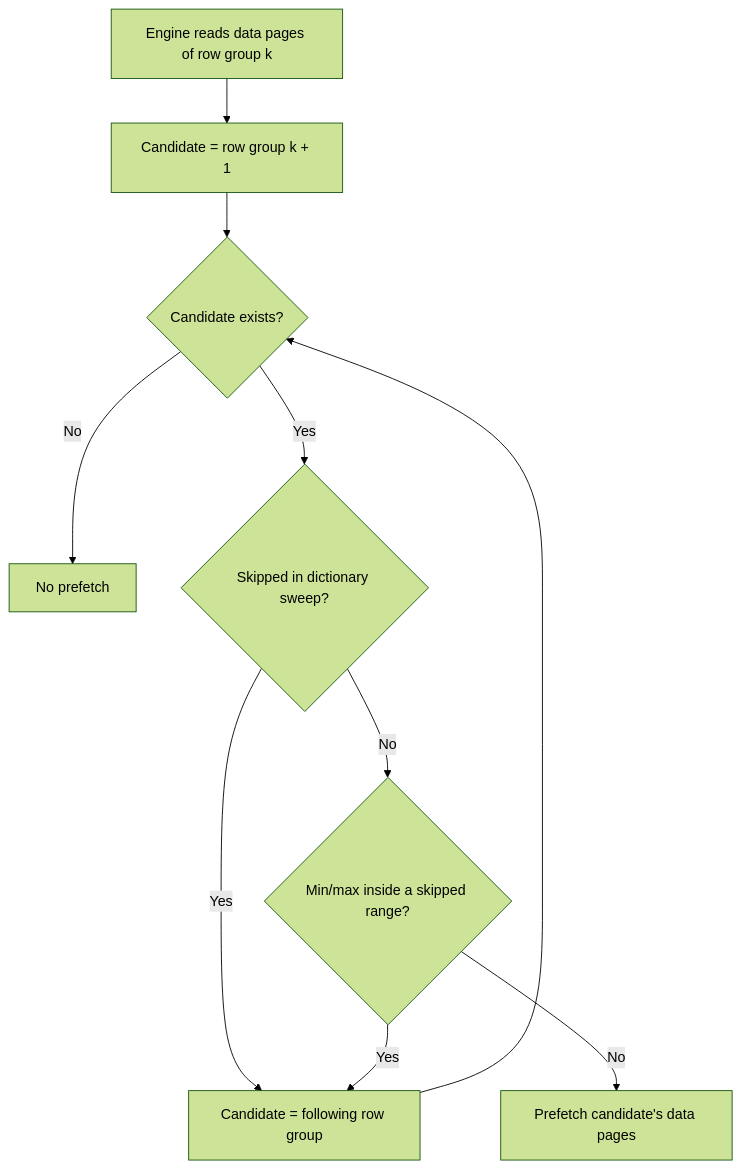
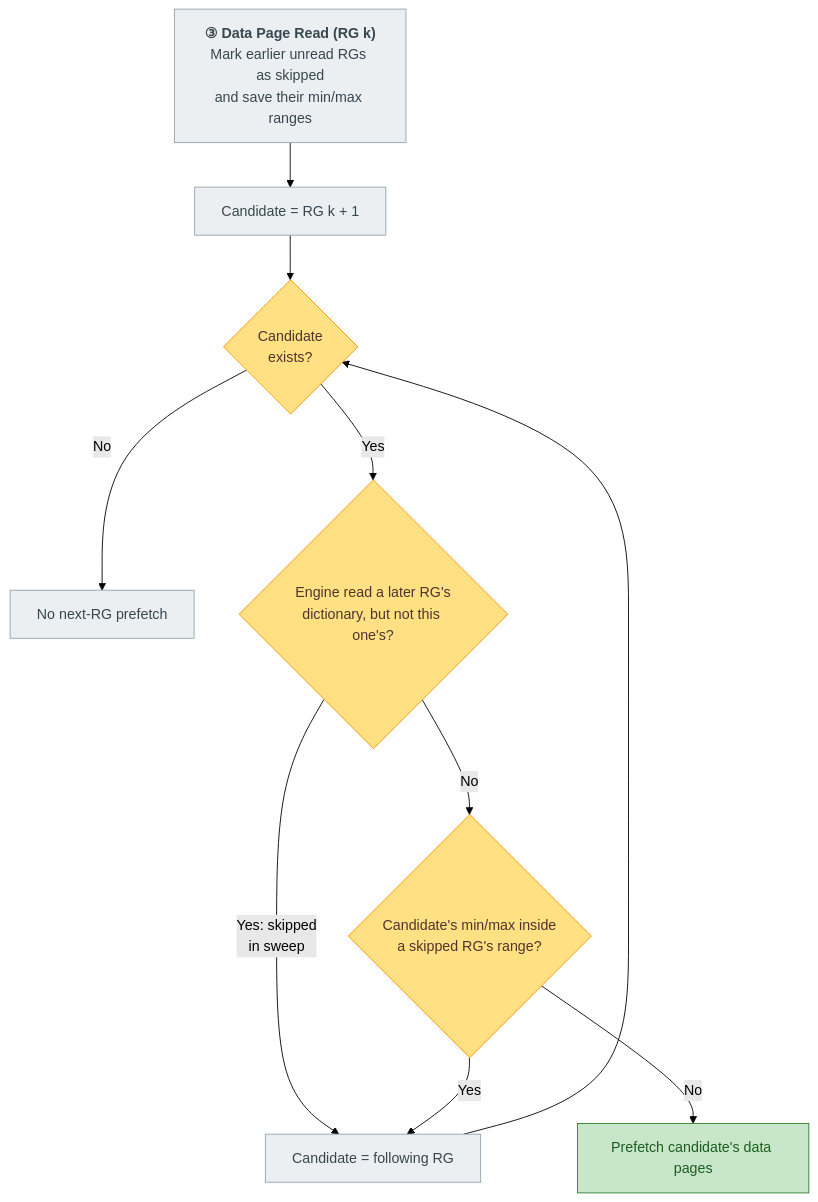
The seventh of 9 diagrams in .agents/predictive_prefetching_design_doc.md (prudhvimaharishi/gcs-analytics-core), drawn with Mermaid (forest theme) before and after one commit. The commit also changed other lines of this file, not shown here.

First line of the commit message:
docs: simplify Guardrail 1 read-rate gate flowchart

````diff
--- a/.agents/predictive_prefetching_design_doc.md
+++ b/.agents/predictive_prefetching_design_doc.md
@@ -365,12 +400,19 @@
 ```mermaid
 flowchart TD
-    Read["Engine reads data pages of row group k"] --> Start["Candidate = row group k + 1"]
-    Start --> Exists{"Candidate exists?"}
-    Exists -- "No" --> Stop["No prefetch"]
-    Exists -- "Yes" --> S1{"Skipped in dictionary sweep?"}
-    S1 -- "Yes" --> Advance["Candidate = following row group"]
-    S1 -- "No" --> S2{"Min/max inside a skipped range?"}
-    S2 -- "Yes" --> Advance
-    S2 -- "No" --> Pick["Prefetch candidate's data pages"]
-    Advance --> Exists
+    R["<b>③ Data Page Read (RG k)</b><br/>Mark earlier unread RGs as skipped<br/>and save their min/max ranges"] --> C["Candidate = RG k + 1"]
+    C --> E{"Candidate<br/>exists?"}
+    E -- "No" --> N["No next-RG prefetch"]
+    E -- "Yes" --> S1{"Engine read a later RG's<br/>dictionary, but not this one's?"}
+    S1 -- "Yes: skipped<br/>in sweep" --> A["Candidate = following RG"]
+    S1 -- "No" --> S2{"Candidate's min/max inside<br/>a skipped RG's range?"}
+    S2 -- "Yes" --> A
+    S2 -- "No" --> P["Prefetch candidate's data pages"]
+    A --> E
+
+    classDef none fill:#eceff1,stroke:#90a4ae,color:#37474f
+    classDef pref fill:#c8e6c9,stroke:#2e7d32,color:#1b5e20
+    classDef gate fill:#ffe082,stroke:#ff8f00,color:#4e342e
+    class R,C,A,N none
+    class P pref
+    class E,S1,S2 gate
 ```
````
